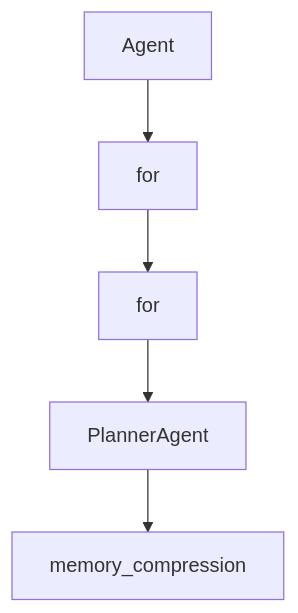
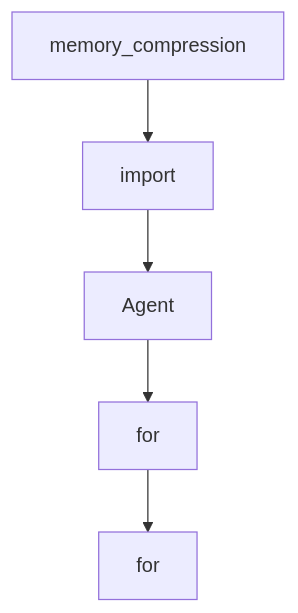
The diagram in tutorials/agenticseek-tutorial/08-contribution-workflow-and-project-governance.md (johnxie/awesome-code-docs), drawn with Mermaid before and after one commit. The commit also changed other lines of this file and 1232 other files, not shown here.

````diff
--- a/tutorials/agenticseek-tutorial/08-contribution-workflow-and-project-governance.md
+++ b/tutorials/agenticseek-tutorial/08-contribution-workflow-and-project-governance.md
@@ -233,12 +229,12 @@
 ```mermaid
 flowchart TD
-    A[Agent]
-    B[for]
-    C[for]
-    D[PlannerAgent]
-    E[memory_compression]
+    A[memory_compression]
+    B[import]
+    C[Agent]
+    D[for]
+    E[for]
     A --> B
     B --> C
     C --> D
     D --> E
 ```
````
